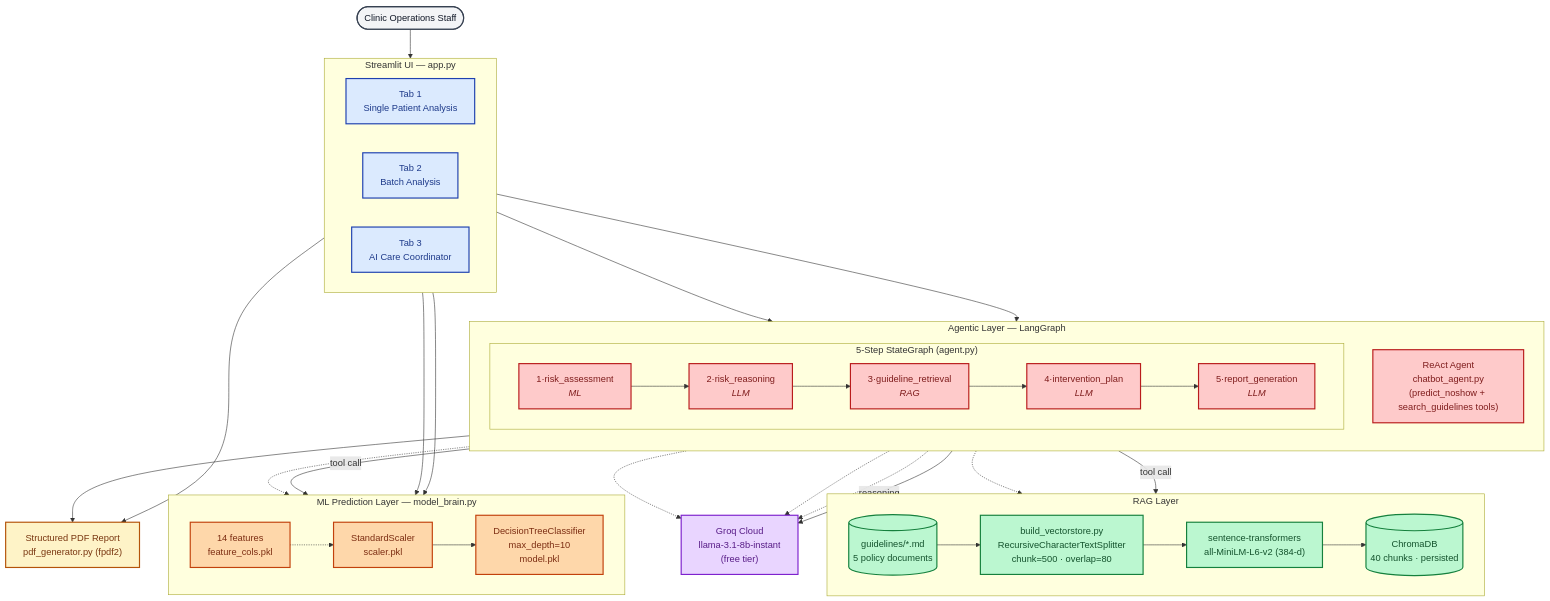
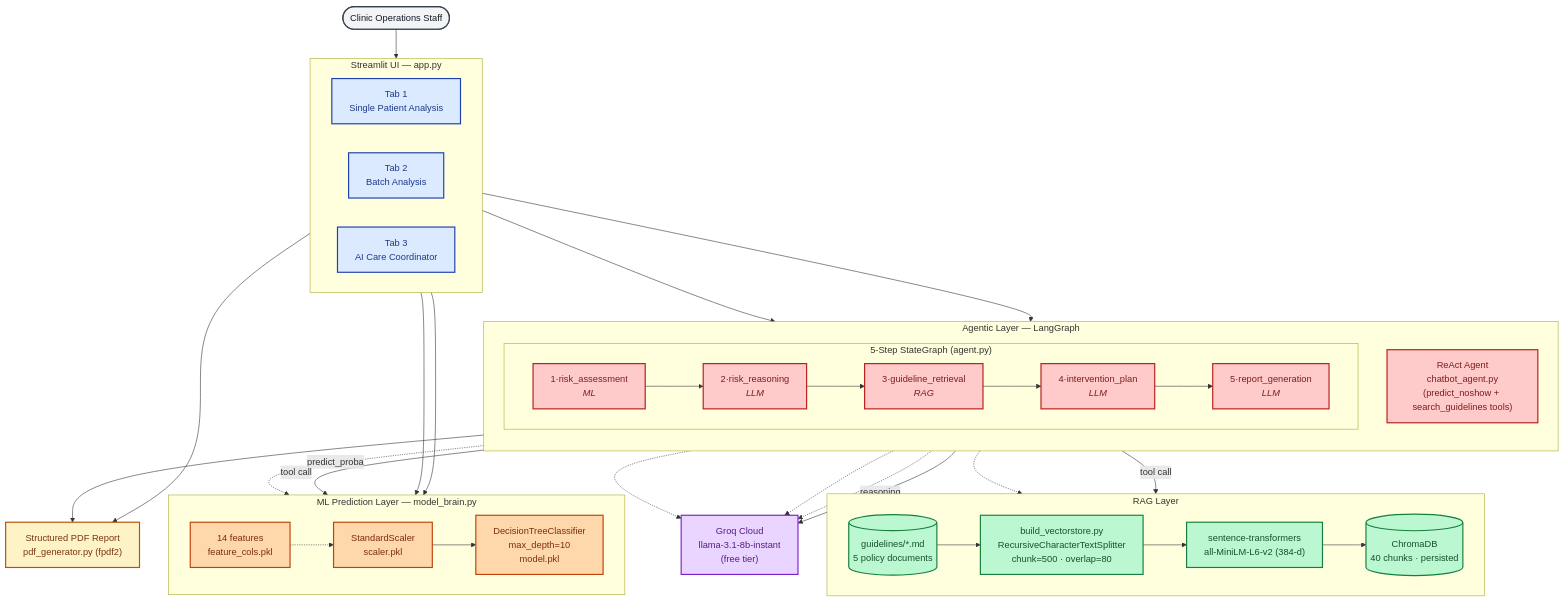
Before and after one commit to Ansh1816/gen_ai_capstone_4: the diagram in report/fig_architecture.mmd, drawn with Mermaid. The commit also changed 4 other files, not shown here.

```diff
--- a/report/fig_architecture.mmd
+++ b/report/fig_architecture.mmd
@@ -1,71 +1,71 @@
 flowchart TB
     User([Clinic Operations Staff]):::user
 
     subgraph UI["Streamlit UI — app.py"]
         direction LR
         T1["Tab 1<br/>Single Patient Analysis"]:::ui
         T2["Tab 2<br/>Batch Analysis"]:::ui
         T3["Tab 3<br/>AI Care Coordinator"]:::ui
     end
 
     subgraph ML["ML Prediction Layer — model_brain.py"]
         direction LR
         Scaler["StandardScaler<br/>scaler.pkl"]:::ml
         Model["DecisionTreeClassifier<br/>max_depth=10<br/>model.pkl"]:::ml
         Feats["14 features<br/>feature_cols.pkl"]:::ml
         Scaler --> Model
         Feats -.-> Scaler
     end
 
     subgraph AG["Agentic Layer — LangGraph"]
         direction TB
         subgraph SG["5-Step StateGraph (agent.py)"]
             direction LR
             S1["1·risk_assessment<br/><i>ML</i>"]:::agent
             S2["2·risk_reasoning<br/><i>LLM</i>"]:::agent
             S3["3·guideline_retrieval<br/><i>RAG</i>"]:::agent
             S4["4·intervention_plan<br/><i>LLM</i>"]:::agent
             S5["5·report_generation<br/><i>LLM</i>"]:::agent
             S1 --> S2 --> S3 --> S4 --> S5
         end
         RA["ReAct Agent<br/>chatbot_agent.py<br/>(predict_noshow + search_guidelines tools)"]:::agent
     end
 
     subgraph RAG["RAG Layer"]
         direction LR
         Docs[("guidelines/*.md<br/>5 policy documents")]:::rag
         Build["build_vectorstore.py<br/>RecursiveCharacterTextSplitter<br/>chunk=500 · overlap=80"]:::rag
         Embed["sentence-transformers<br/>all-MiniLM-L6-v2 (384-d)"]:::rag
         Chroma[("ChromaDB<br/>40 chunks · persisted")]:::rag
         Docs --> Build --> Embed --> Chroma
     end
 
     LLM["Groq Cloud<br/>llama-3.1-8b-instant<br/>(free tier)"]:::external
     PDF["Structured PDF Report<br/>pdf_generator.py (fpdf2)"]:::out
 
     User --> UI
     T1 --> ML
     T2 --> ML
     T3 --> SG
     T3 --> RA
 
-    S1 -.-> ML
+    S1 -.->|predict_proba| ML
     S2 -.-> LLM
     S3 -.-> Chroma
     S4 -.-> LLM
     S5 -.-> LLM
 
     RA -->|tool call| ML
     RA -->|tool call| Chroma
     RA -->|reasoning| LLM
 
     S5 --> PDF
     T3 --> PDF
 
     classDef ui fill:#DBEAFE,stroke:#1E40AF,color:#1E3A8A,stroke-width:2px
     classDef ml fill:#FED7AA,stroke:#C2410C,color:#7C2D12,stroke-width:2px
     classDef agent fill:#FECACA,stroke:#B91C1C,color:#7F1D1D,stroke-width:2px
     classDef rag fill:#BBF7D0,stroke:#15803D,color:#14532D,stroke-width:2px
     classDef external fill:#E9D5FF,stroke:#7E22CE,color:#581C87,stroke-width:2px
     classDef out fill:#FEF3C7,stroke:#B45309,color:#78350F,stroke-width:2px
     classDef user fill:#F3F4F6,stroke:#374151,color:#111827,stroke-width:2px
```
